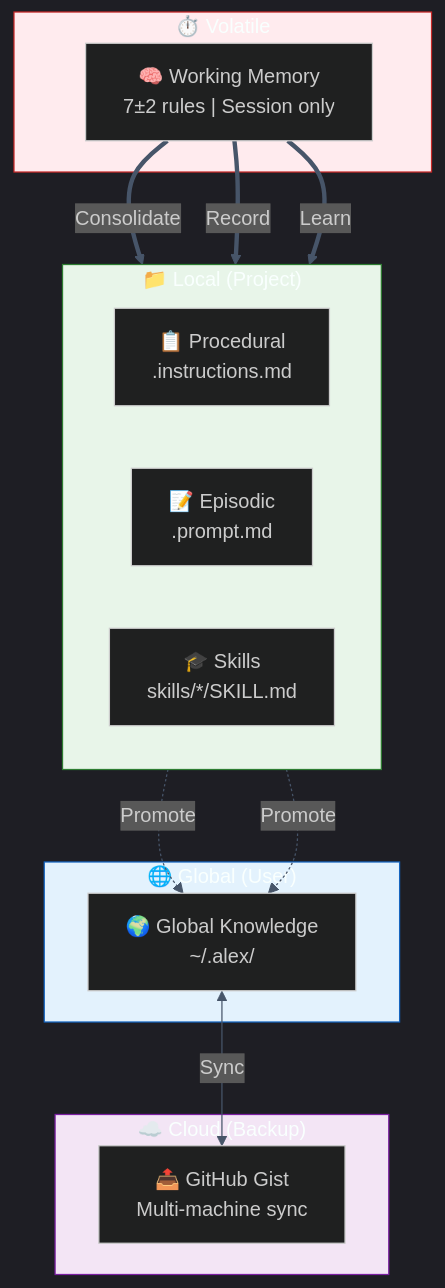
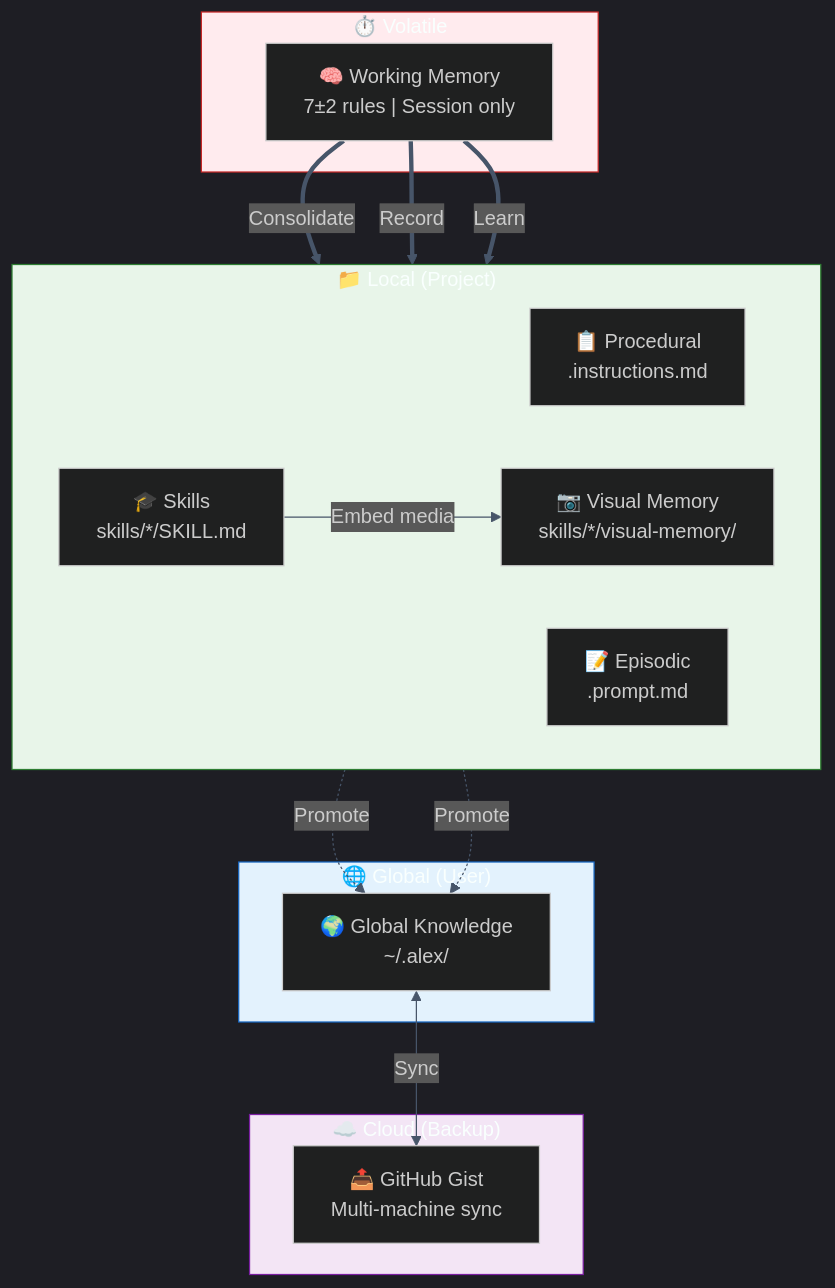
One commit to fabioc-aloha/Alex_Plug_In changed the first of 4 diagrams in alex_docs/architecture/MEMORY-SYSTEMS.md. Above: the diagram before and after it, drawn with Mermaid. The commit also changed other lines of this file and 6 other files, not shown here.

Commit message:
docs: remove premium concept + document visual memory architecture

````diff
--- a/alex_docs/architecture/MEMORY-SYSTEMS.md
+++ b/alex_docs/architecture/MEMORY-SYSTEMS.md
@@ -13,36 +13,38 @@
 ```mermaid
 %%{init: {'theme': 'dark', 'themeVariables': {'background': '#0f172a', 'primaryColor': '#1e293b', 'primaryTextColor': '#f1f5f9', 'primaryBorderColor': '#818cf8', 'lineColor': '#475569', 'secondaryColor': '#1e293b', 'secondaryBorderColor': '#2dd4bf', 'tertiaryColor': '#1e293b', 'fontFamily': 'Segoe UI, system-ui, sans-serif'}}}%%
 flowchart TB
     subgraph WM_LAYER["⏱️ Volatile"]
         WM["🧠 Working Memory\n7±2 rules | Session only"]
     end
 
     subgraph LOCAL_LAYER["📁 Local (Project)"]
         direction LR
         PM["📋 Procedural\n.instructions.md"]
         EM["📝 Episodic\n.prompt.md"]
         SK["🎓 Skills\nskills/*/SKILL.md"]
+        VM["📷 Visual Memory\nskills/*/visual-memory/"]
     end
 
     subgraph GLOBAL_LAYER["🌐 Global (User)"]
         GK["🌍 Global Knowledge\n~/.alex/"]
     end
 
     subgraph CLOUD_LAYER["☁️ Cloud (Backup)"]
         GIST["📤 GitHub Gist\nMulti-machine sync"]
     end
 
     WM ==>|"Consolidate"| PM
     WM ==>|"Record"| EM
     WM ==>|"Learn"| SK
+    SK -->|"Embed media"| VM
 
     PM -.->|"Promote"| GK
     SK -.->|"Promote"| GK
 
     GK <-->|"Sync"| GIST
 
     style WM_LAYER fill:#ffebee,stroke:#c62828
     style LOCAL_LAYER fill:#e8f5e9,stroke:#2e7d32
     style GLOBAL_LAYER fill:#e3f2fd,stroke:#1565c0
     style CLOUD_LAYER fill:#f3e5f5,stroke:#7b1fa2
 ```
````
